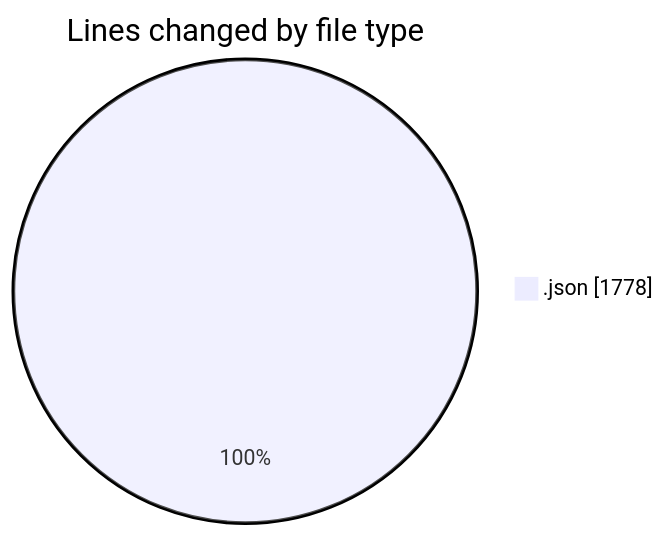
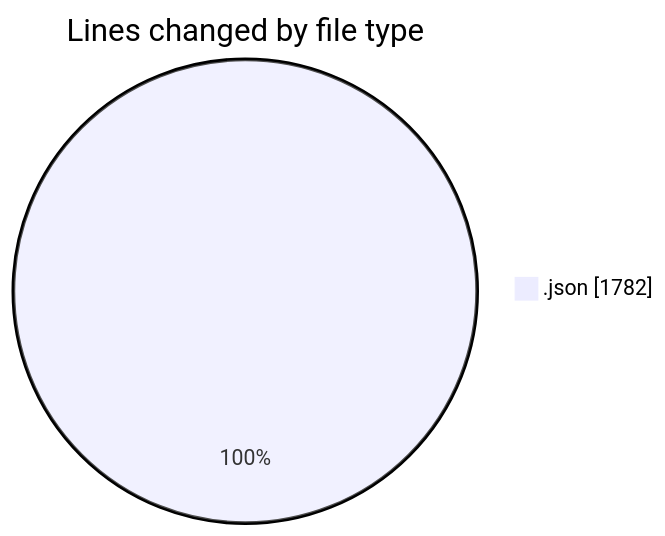
One commit to EIIisD/code-tracking changed the first of 2 diagrams in 2025-07-29/_claude/README.md. Above: the diagram before and after it, drawn with Mermaid. The commit also changed other lines of this file and 1 other file, not shown here.

````diff
--- a/2025-07-29/_claude/README.md
+++ b/2025-07-29/_claude/README.md
@@ -20,5 +20,5 @@
 ```mermaid
 pie showData
 title Lines changed by file type
-".json" : 1778
+".json" : 1782
 ```
````
